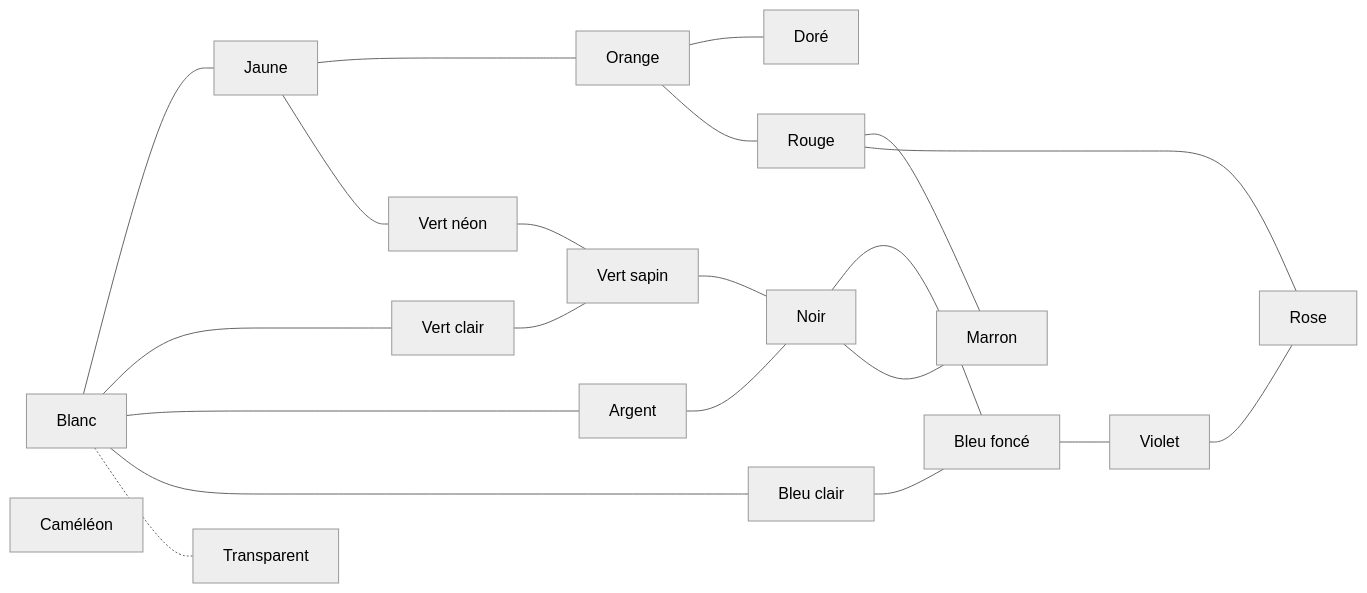
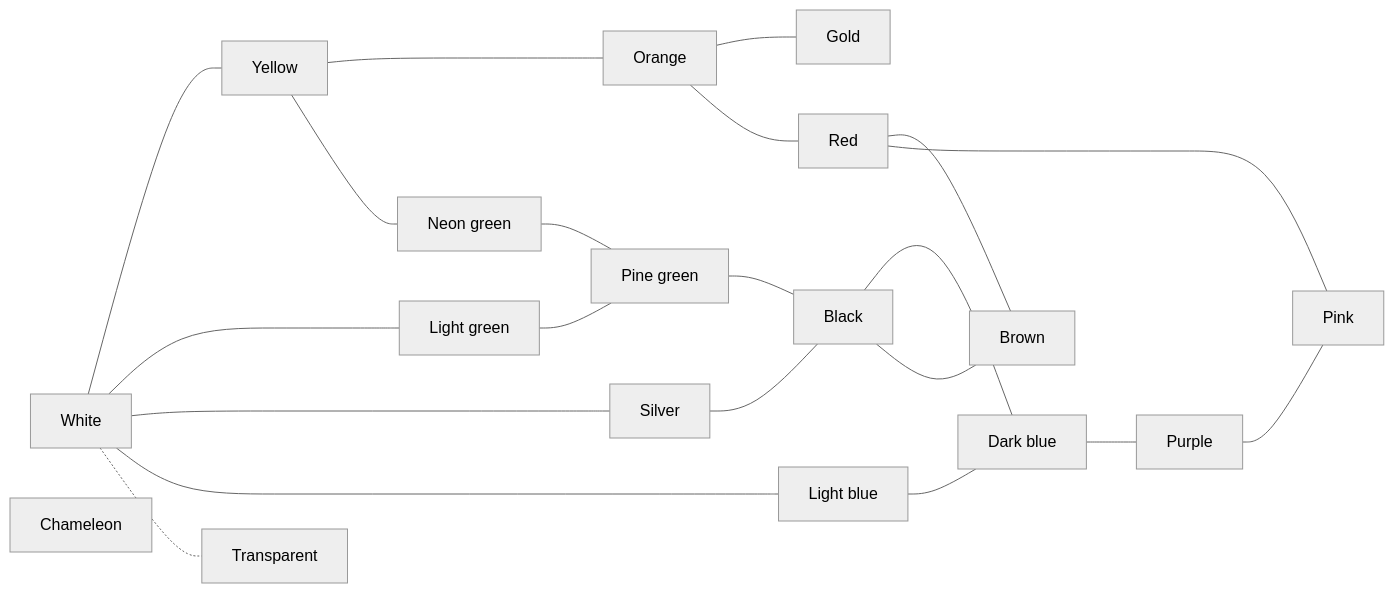
The diagram in doc/GDD.md (GMartigny/Salamander), drawn with Mermaid (neutral theme) before and after one commit. The commit also changed other lines of this file and 15 other files, not shown here.

````diff
--- a/doc/GDD.md
+++ b/doc/GDD.md
@@ -41,24 +41,24 @@
 ```mermaid
 graph LR
-    blanc[Blanc] --- jaune[Jaune]
-    blanc --- vertClair[Vert clair]
-    blanc --- argent[Argent]
-    blanc --- bleuClair[Bleu clair]
-    blanc -.- transparent[Transparent]
-    jaune --- orange[Orange]
-    jaune --- vertNeon[Vert néon]
-    vertClair --- vertSapin[Vert sapin]
-    argent --- noir[Noir]
-    bleuClair --- bleuFonce[Bleu foncé]
-    vertNeon --- vertSapin
-    vertSapin --- noir
-    noir --- bleuFonce
-    orange --- dore[Doré]
-    orange --- rouge[Rouge]
-    bleuFonce --- violet[Violet]
-    noir --- marron[Marron]
-    rouge --- marron
-    rouge --- rose[Rose]
-    violet --- rose
-    cameleon[Caméléon]
+    white[White] --- yellow[Yellow]
+    white --- lightGreen[Light green]
+    white --- silver[Silver]
+    white --- lightBlue[Light blue]
+    white -.- transparent[Transparent]
+    yellow --- orange[Orange]
+    yellow --- neonGreen[Neon green]
+    lightGreen --- pineGreen[Pine green]
+    silver --- black[Black]
+    lightBlue --- darkBlue[Dark blue]
+    neonGreen --- pineGreen
+    pineGreen --- black
+    black --- darkBlue
+    orange --- gold[Gold]
+    orange --- red[Red]
+    darkBlue --- purple[Purple]
+    black --- brown[Brown]
+    red --- brown
+    red --- pink[Pink]
+    purple --- pink
+    chameleon[Chameleon]
 ```
````
